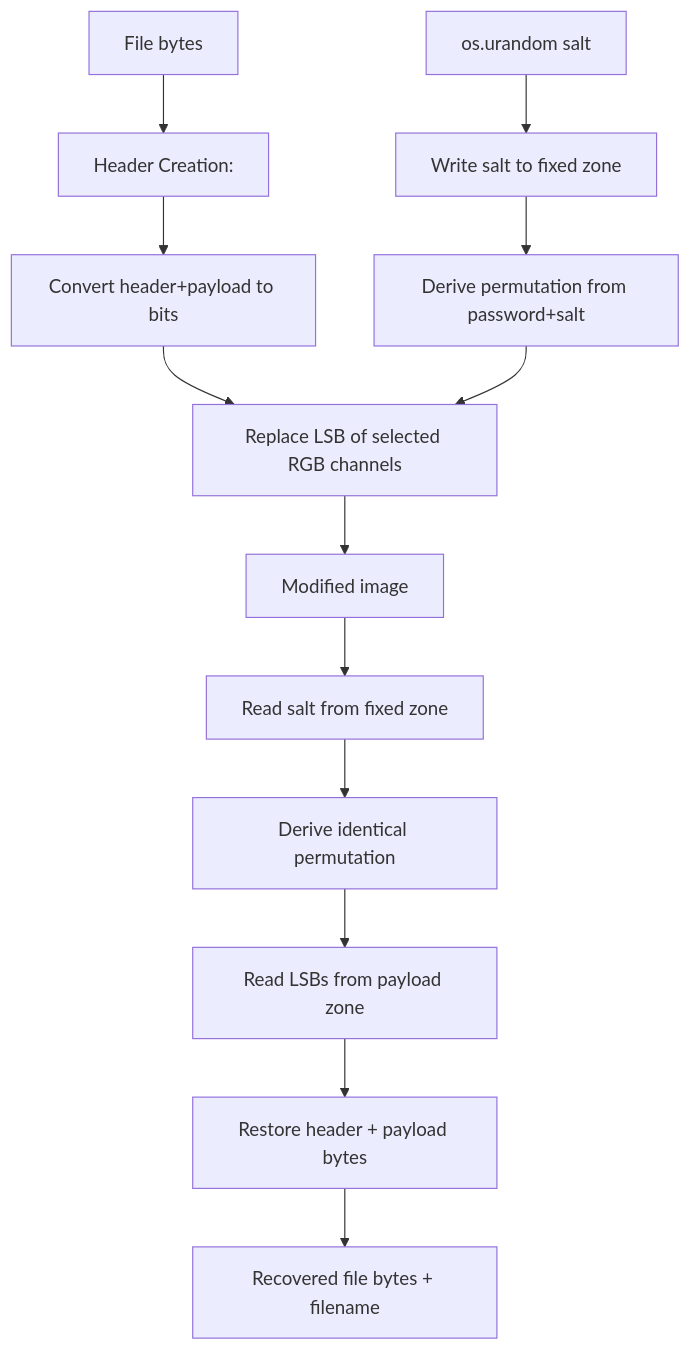
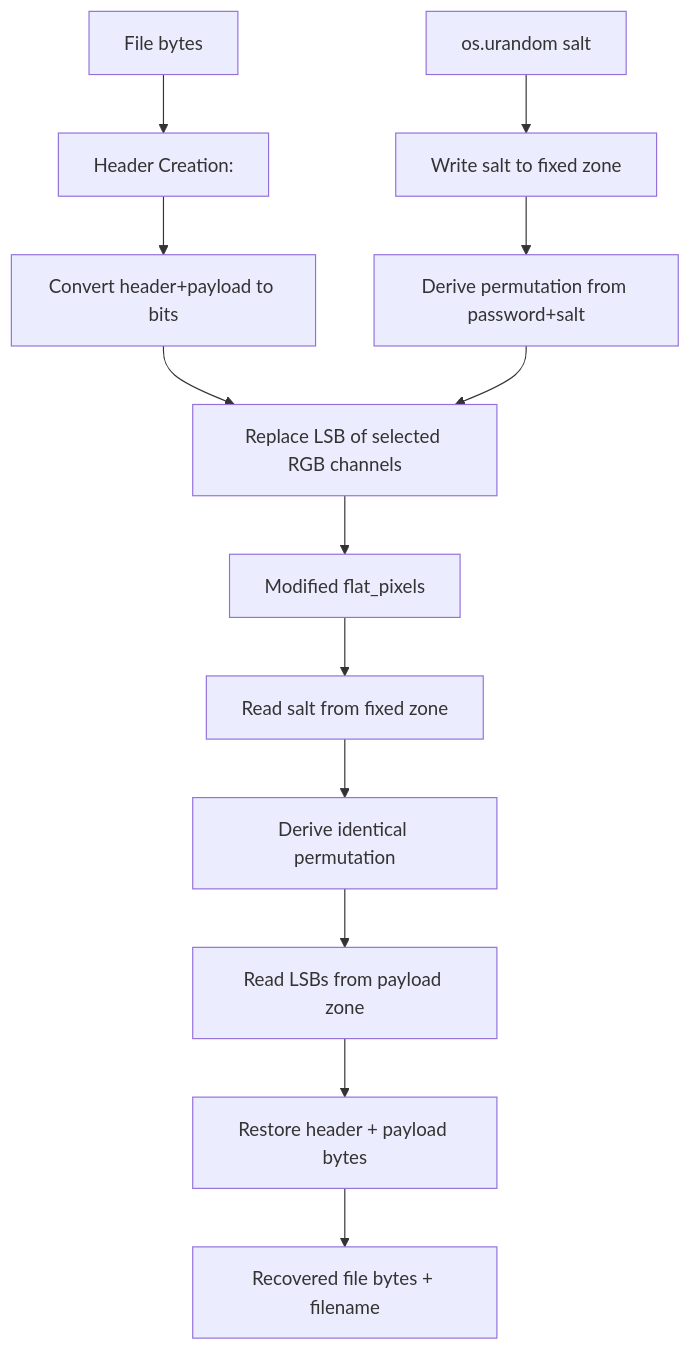
The second of 2 diagrams in docs/features/LeastSignificantBit-2.md (m000gg/camougg), drawn with Mermaid before and after one commit. The commit also changed other lines of this file and 9 other files, not shown here.

````diff
--- a/docs/features/LeastSignificantBit-2.md
+++ b/docs/features/LeastSignificantBit-2.md
@@ -371,19 +482,19 @@
 ```mermaid
 graph TD
 
 A[File bytes] --> B["Header Creation: <len|filename>"]
 B --> C[Convert header+payload to bits]
 
 S1[os.urandom salt] --> S2[Write salt to fixed zone]
 S2 --> D[Derive permutation from password+salt]
 
 C --> E["Replace LSB of selected RGB channels"]
 D --> E
-E --> F[Modified image]
+E --> F[Modified flat_pixels]
 
 F --> G["Read salt from fixed zone"]
 G --> H[Derive identical permutation]
 H --> I[Read LSBs from payload zone]
 I --> J[Restore header + payload bytes]
 J --> K[Recovered file bytes + filename]
 ```
````
